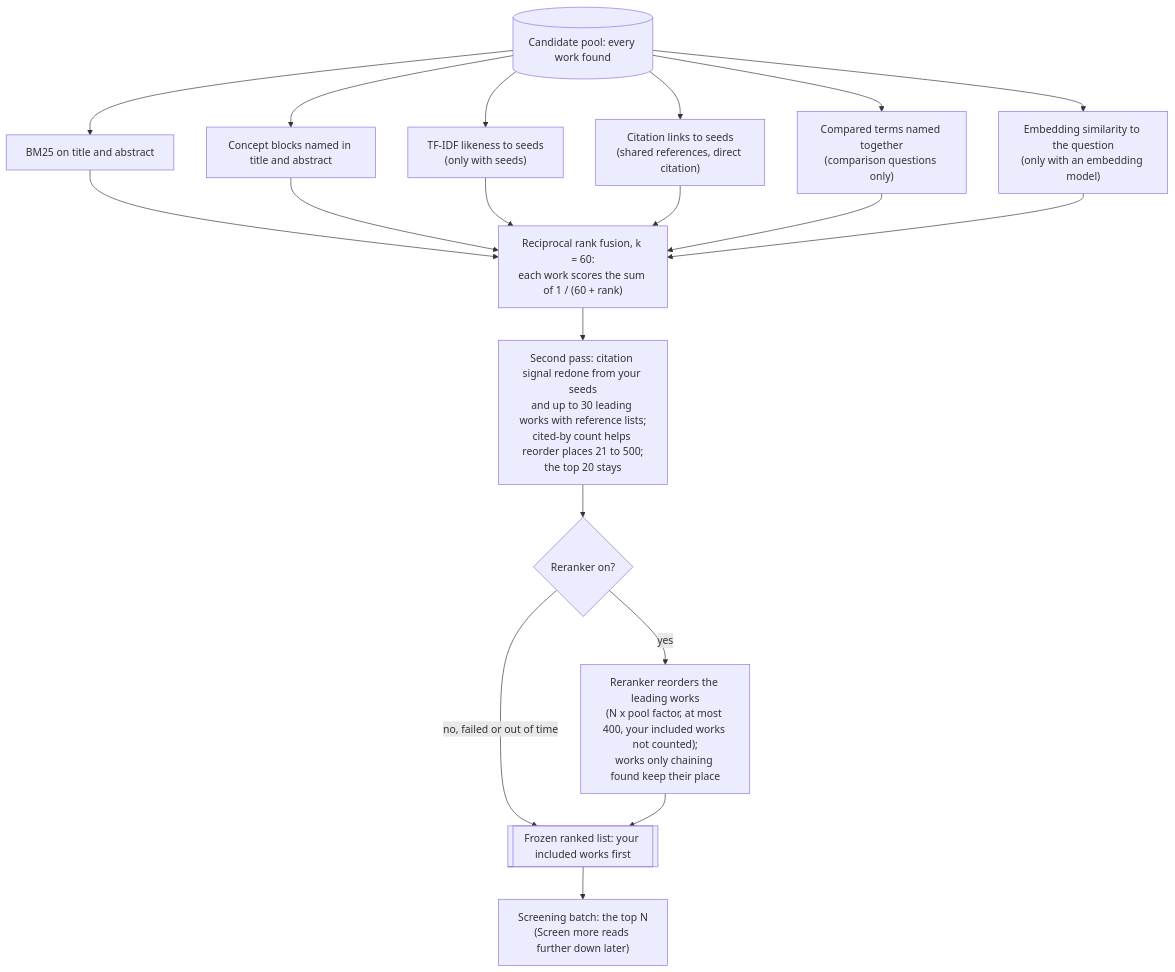
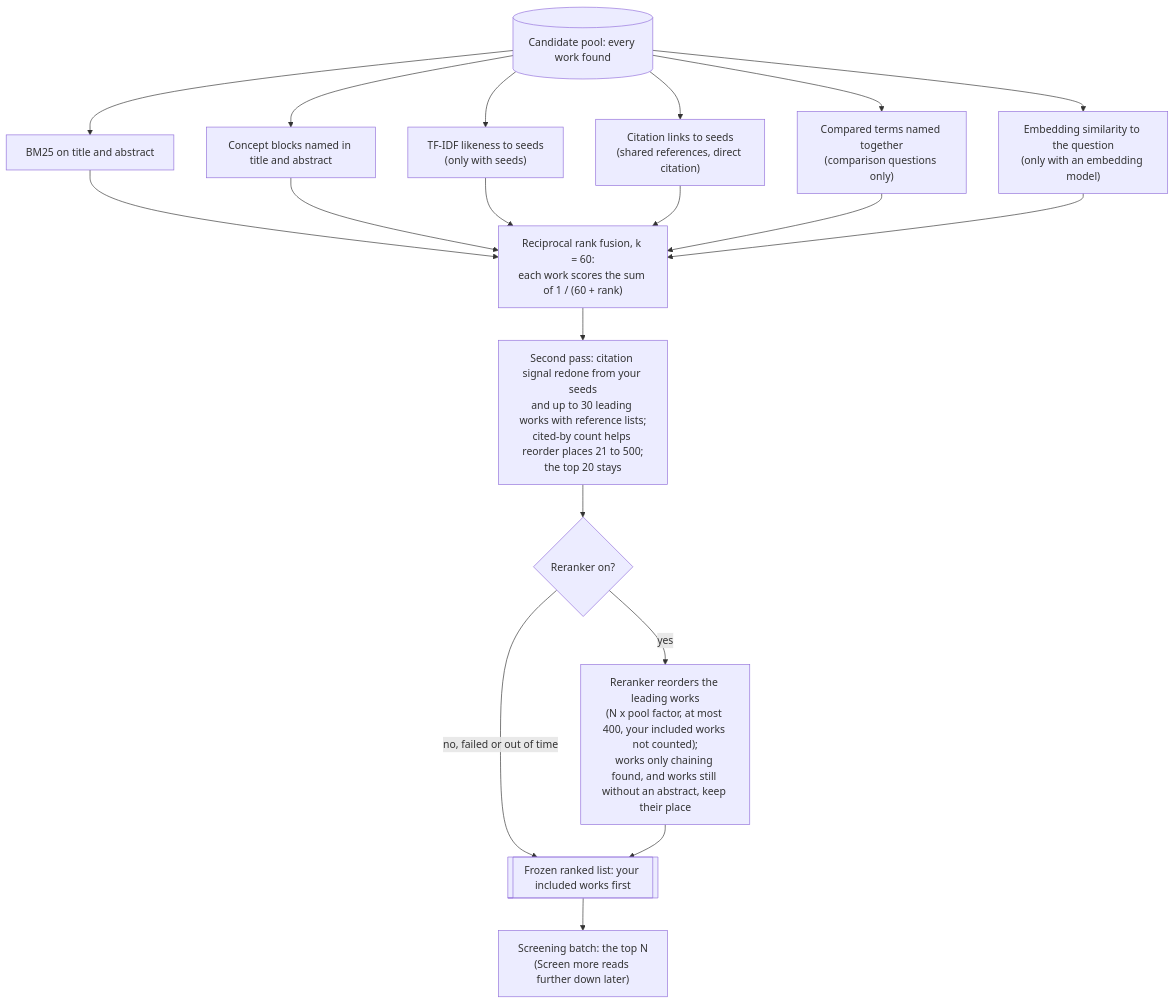
Before and after one commit to huguryildiz/DEIXIS: the second of 2 diagrams in docs/search.md, drawn with Mermaid. The commit also changed other lines of this file and 28 other files, not shown here.

````diff
--- a/docs/search.md
+++ b/docs/search.md
@@ -50,21 +50,21 @@
 ```mermaid
 flowchart TD
     POOL[("Candidate pool: every work found")] --> B["BM25 on title and abstract"]
     POOL --> BL["Concept blocks named in title and abstract"]
     POOL --> TF["TF-IDF likeness to seeds<br/>(only with seeds)"]
     POOL --> G["Citation links to seeds<br/>(shared references, direct citation)"]
     POOL --> J["Compared terms named together<br/>(comparison questions only)"]
     POOL --> E["Embedding similarity to the question<br/>(only with an embedding model)"]
     B --> F["Reciprocal rank fusion, k = 60:<br/>each work scores the sum of 1 / (60 + rank)"]
     BL --> F
     TF --> F
     G --> F
     J --> F
     E --> F
     F --> P2["Second pass: citation signal redone from your seeds<br/>and up to 30 leading works with reference lists;<br/>cited-by count helps reorder places 21 to 500;<br/>the top 20 stays"]
     P2 --> RR{"Reranker on?"}
-    RR -->|"yes"| RRK["Reranker reorders the leading works<br/>(N x pool factor, at most 400, your included works not counted);<br/>works only chaining found keep their place"]
+    RR -->|"yes"| RRK["Reranker reorders the leading works<br/>(N x pool factor, at most 400, your included works not counted);<br/>works only chaining found, and works still without an abstract, keep their place"]
     RR -->|"no, failed or out of time"| LIST
     RRK --> LIST[["Frozen ranked list: your included works first"]]
     LIST --> BATCH["Screening batch: the top N<br/>(Screen more reads further down later)"]
 ```
````
